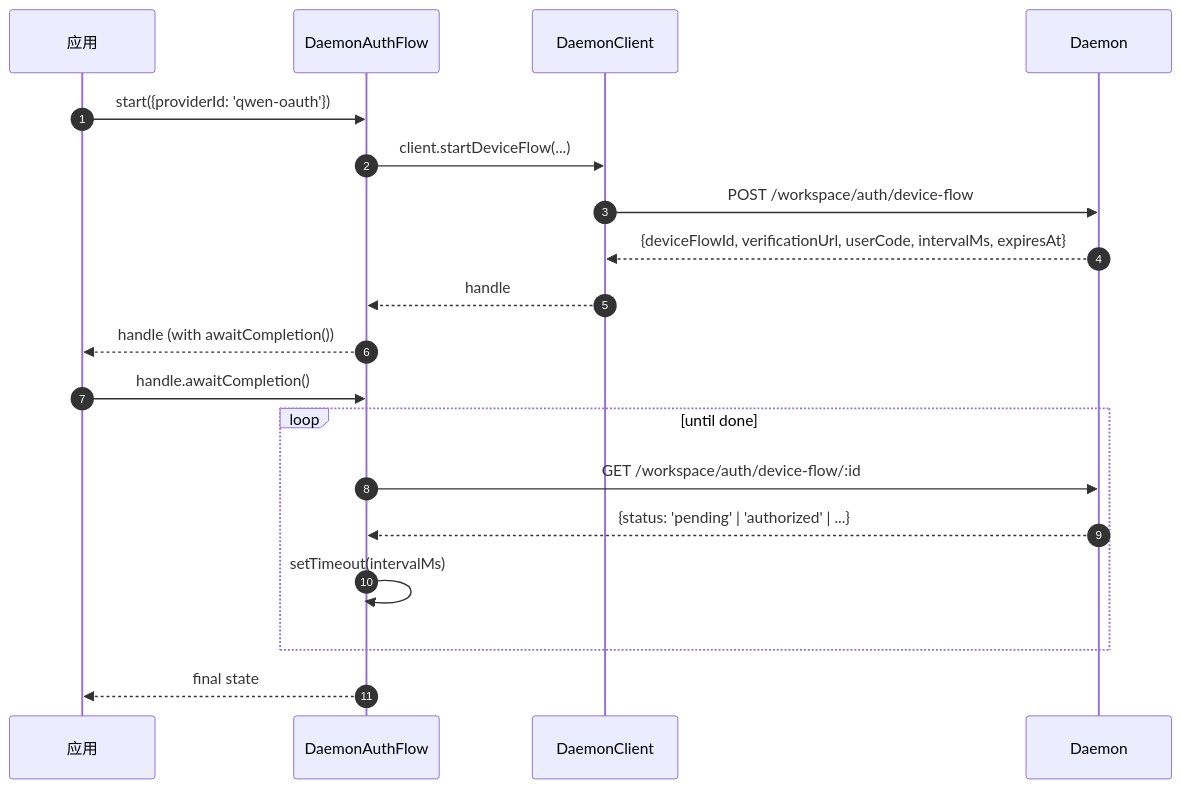
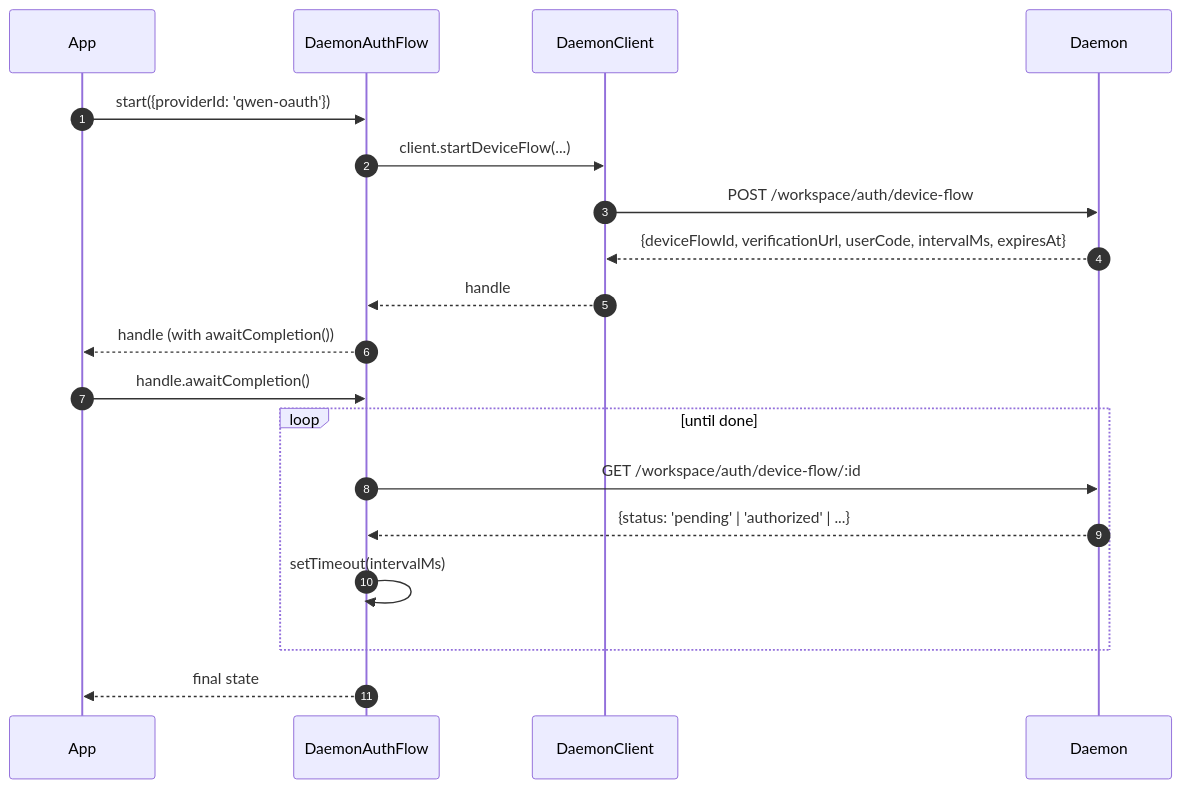
The third of 3 diagrams in website/content/zh/developers/daemon/13-sdk-daemon-client.md (QwenLM/qwen-code-docs), drawn with Mermaid before and after one commit. The commit also changed other lines of this file and 128 other files, not shown here.

````diff
--- a/website/content/zh/developers/daemon/13-sdk-daemon-client.md
+++ b/website/content/zh/developers/daemon/13-sdk-daemon-client.md
@@ -181,22 +195,22 @@
 ```mermaid
 sequenceDiagram
     autonumber
-    participant App as 应用
+    participant App as App
     participant AF as DaemonAuthFlow
     participant DC as DaemonClient
     participant D as Daemon
 
     App->>AF: start({providerId: 'qwen-oauth'})
     AF->>DC: client.startDeviceFlow(...)
     DC->>D: POST /workspace/auth/device-flow
     D-->>DC: {deviceFlowId, verificationUrl, userCode, intervalMs, expiresAt}
     DC-->>AF: handle
     AF-->>App: handle (with awaitCompletion())
     App->>AF: handle.awaitCompletion()
     loop until done
         AF->>D: GET /workspace/auth/device-flow/:id
         D-->>AF: {status: 'pending' | 'authorized' | ...}
         AF->>AF: setTimeout(intervalMs)
     end
     AF-->>App: final state
 ```
````
